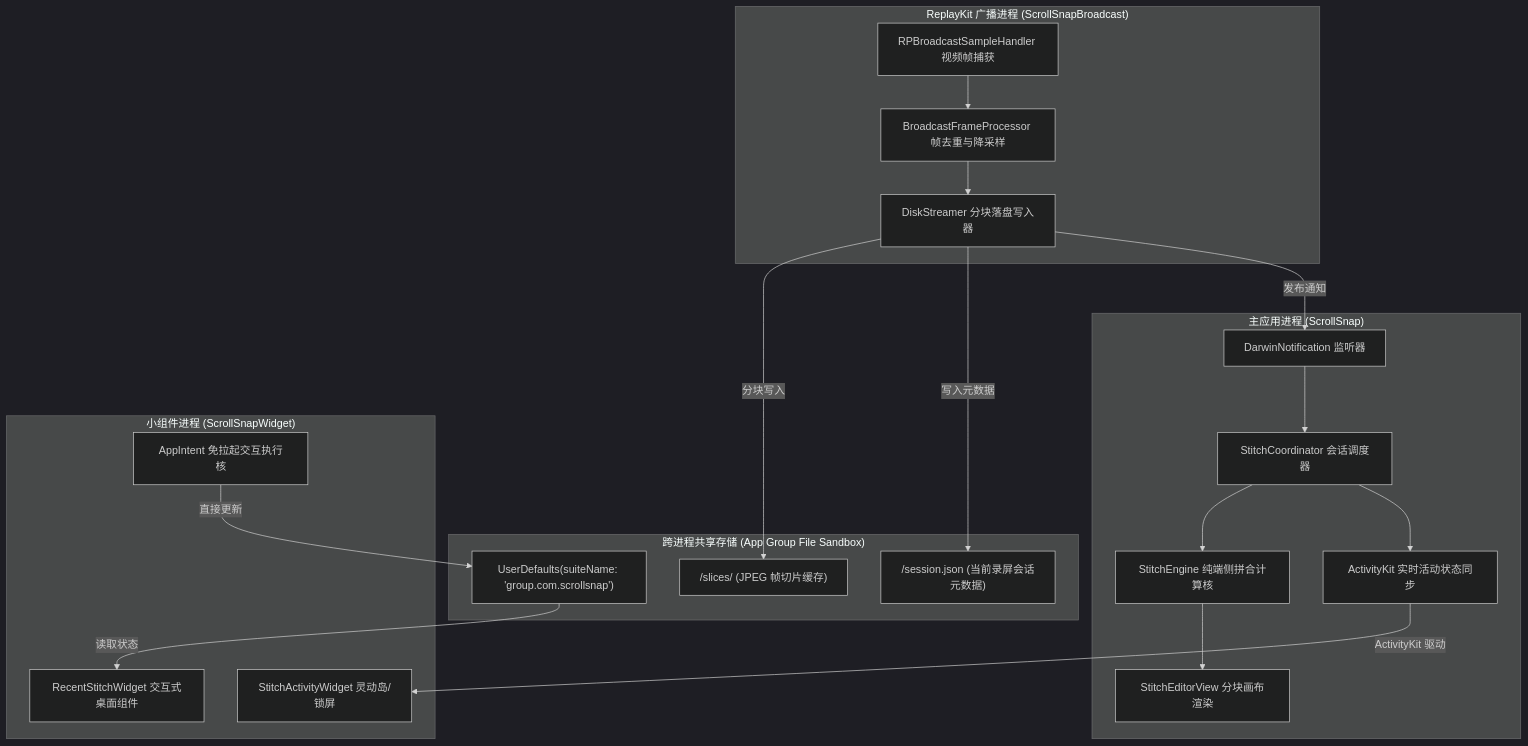
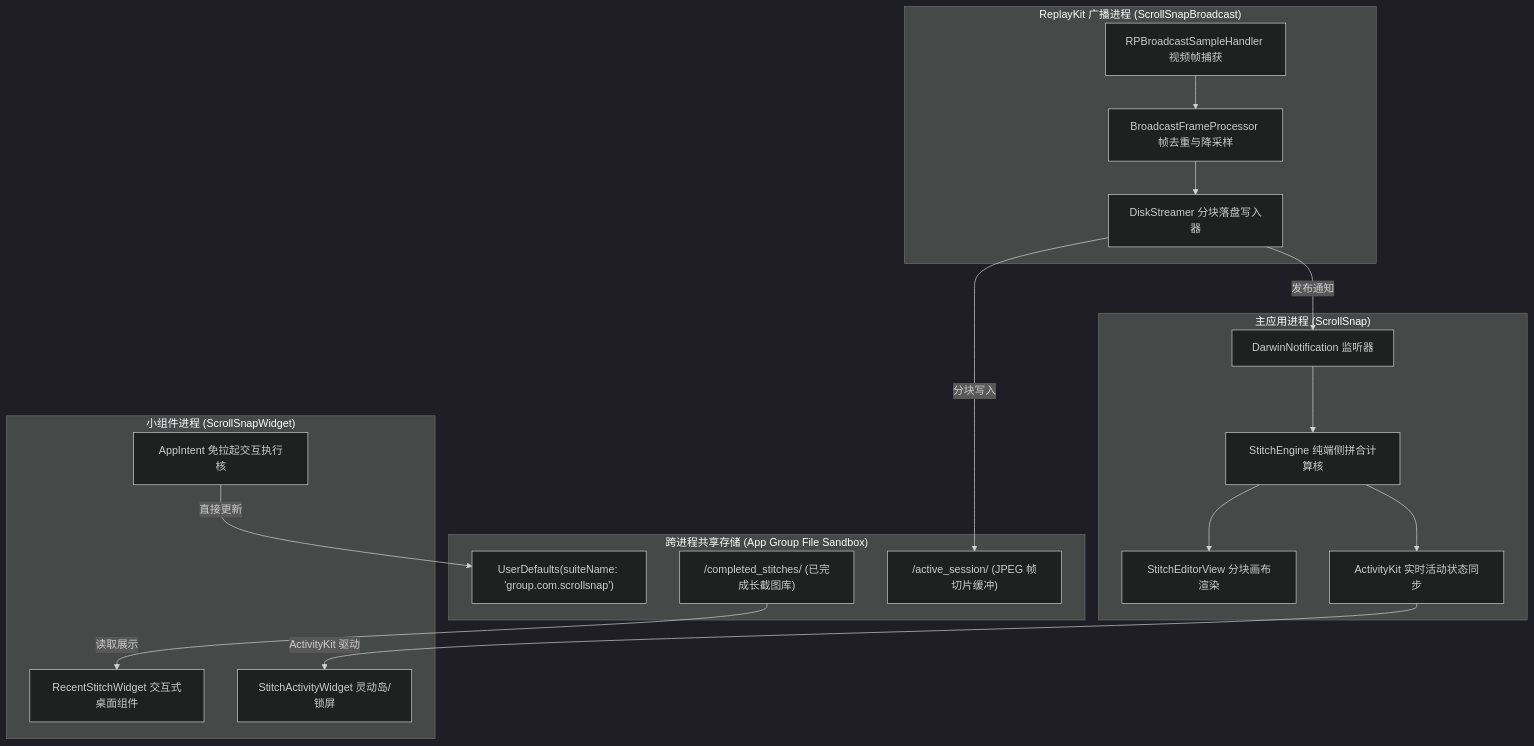
The diagram in docs/ARCHITECTURE.md (939243423/ScrollSnap), drawn with Mermaid (dark theme) before and after one commit. The commit also changed other lines of this file and 11 other files, not shown here.

````diff
--- a/docs/ARCHITECTURE.md
+++ b/docs/ARCHITECTURE.md
@@ -11,38 +11,36 @@
 ```mermaid
 flowchart TD
     subgraph RPProcess ["ReplayKit 广播进程 (ScrollSnapBroadcast)"]
         RP1[RPBroadcastSampleHandler 视频帧捕获]
         RP2[BroadcastFrameProcessor 帧去重与降采样]
         RP3[DiskStreamer 分块落盘写入器]
         RP1 --> RP2 --> RP3
     end
 
     subgraph AppGroupFS ["跨进程共享存储 (App Group File Sandbox)"]
-        FS1["/slices/ (JPEG 帧切片缓存)"]
-        FS2["/session.json (当前录屏会话元数据)"]
+        FS1["/active_session/ (JPEG 帧切片缓冲)"]
+        FS2["/completed_stitches/ (已完成长截图库)"]
         FS3["UserDefaults(suiteName: 'group.com.scrollsnap')"]
     end
 
     subgraph MainAppProcess ["主应用进程 (ScrollSnap)"]
         MA1[DarwinNotification 监听器]
-        MA2[StitchCoordinator 会话调度器]
-        MA3[StitchEngine 纯端侧拼合计算核]
-        MA4[StitchEditorView 分块画布渲染]
-        MA5[ActivityKit 实时活动状态同步]
-        MA1 --> MA2 --> MA3 --> MA4
-        MA2 --> MA5
+        MA2[StitchEngine 纯端侧拼合计算核]
+        MA3[StitchEditorView 分块画布渲染]
+        MA4[ActivityKit 实时活动状态同步]
+        MA1 --> MA2 --> MA3
+        MA2 --> MA4
     end
 
     subgraph WidgetProcess ["小组件进程 (ScrollSnapWidget)"]
         WG1[StitchActivityWidget 灵动岛/锁屏]
         WG2[RecentStitchWidget 交互式桌面组件]
         WG3[AppIntent 免拉起交互执行核]
     end
 
     RP3 -->|分块写入| FS1
-    RP3 -->|写入元数据| FS2
     RP3 -->|发布通知| MA1
-    MA5 -->|ActivityKit 驱动| WG1
-    FS3 -->|读取状态| WG2
+    MA4 -->|ActivityKit 驱动| WG1
+    FS2 -->|读取展示| WG2
     WG3 -->|直接更新| FS3
 ```
````
